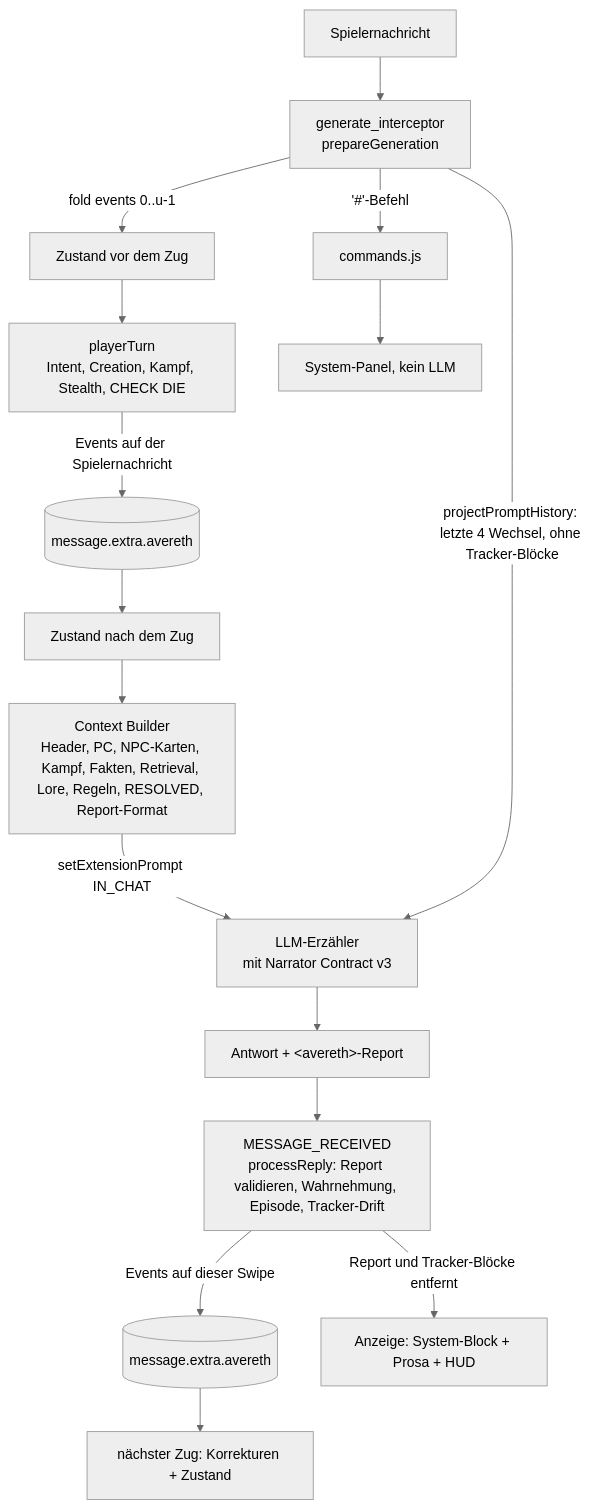
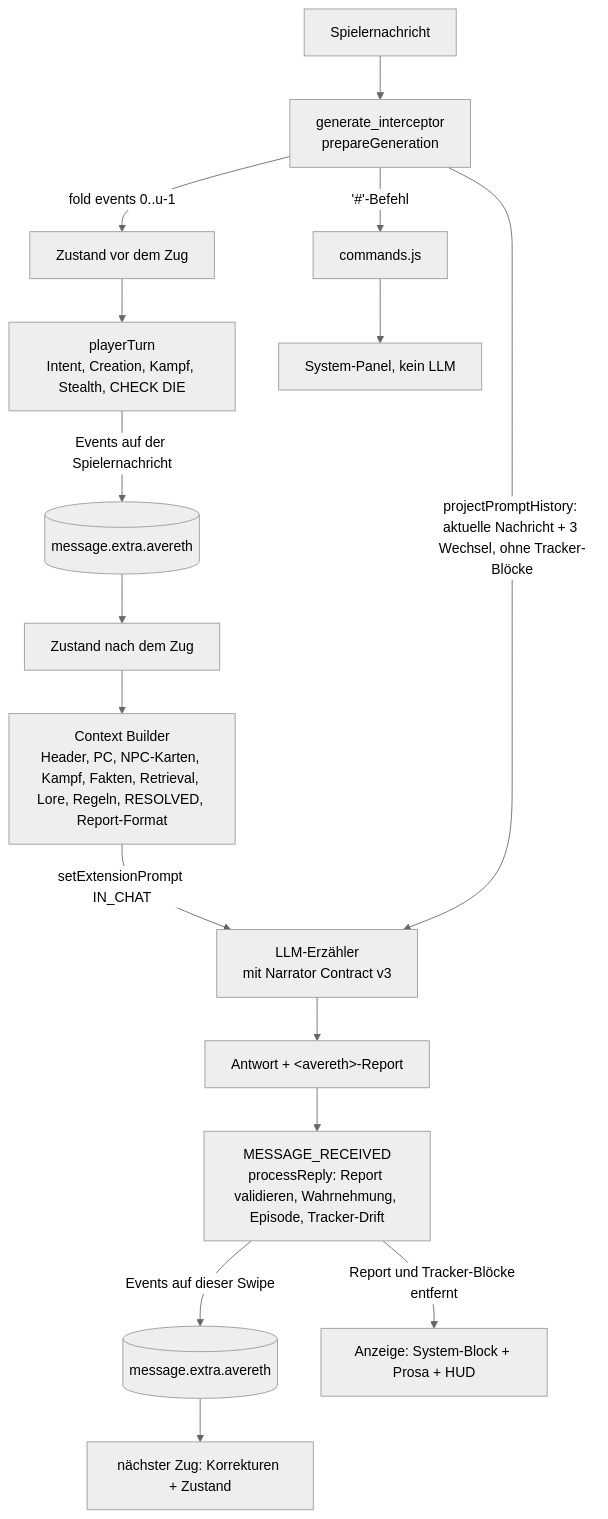
The diagram in avereth-engine/docs/ARCHITEKTUR.md (Mango1331/Claude-AI-RPG-Game), drawn with Mermaid (neutral theme) before and after one commit. The commit also changed 9 other files, not shown here.

````diff
--- a/avereth-engine/docs/ARCHITEKTUR.md
+++ b/avereth-engine/docs/ARCHITEKTUR.md
@@ -132,17 +132,17 @@
 ```mermaid
 flowchart TD
   U[Spielernachricht] --> I[generate_interceptor<br/>prepareGeneration]
   I -->|fold events 0..u-1| S0[Zustand vor dem Zug]
   S0 --> P[playerTurn<br/>Intent, Creation, Kampf, Stealth, CHECK DIE]
   P -->|Events auf der Spielernachricht| E1[(message.extra.avereth)]
   I -->|'#'-Befehl| CMD[commands.js] --> PANEL[System-Panel, kein LLM]
   E1 --> S1[Zustand nach dem Zug]
   S1 --> C[Context Builder<br/>Header, PC, NPC-Karten, Kampf, Fakten, Retrieval, Lore, Regeln, RESOLVED, Report-Format]
   C -->|setExtensionPrompt IN_CHAT| LLM[LLM-Erzähler<br/>mit Narrator Contract v3]
   LLM --> R[Antwort + &lt;avereth&gt;-Report]
   R --> V[MESSAGE_RECEIVED<br/>processReply: Report validieren, Wahrnehmung, Episode, Tracker-Drift]
   V -->|Events auf dieser Swipe| E2[(message.extra.avereth)]
   V -->|Report und Tracker-Blöcke entfernt| D[Anzeige: System-Block + Prosa + HUD]
   E2 --> N[nächster Zug: Korrekturen + Zustand]
-  I -->|projectPromptHistory: letzte 4 Wechsel, ohne Tracker-Blöcke| LLM
+  I -->|projectPromptHistory: aktuelle Nachricht + 3 Wechsel, ohne Tracker-Blöcke| LLM
 ```
````
